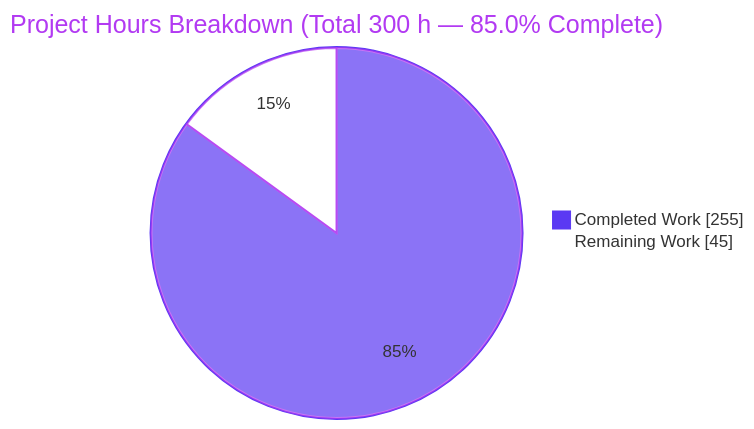
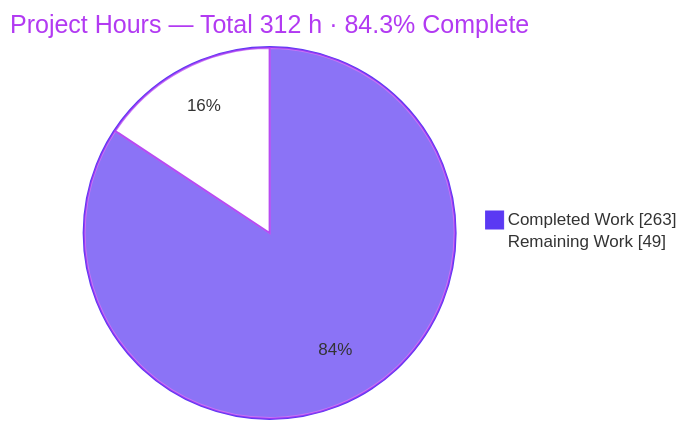
The second of 3 diagrams in blitzy/documentation/Project Guide.md (blitzy-public-samples/blitzy-kafka), drawn with Mermaid before and after one commit. The commit also changed other lines of this file, not shown here.

Commit message:
Adding Blitzy Project Guide: Project Status and Human Tasks Remaining

````diff
--- a/blitzy/documentation/Project Guide.md
+++ b/blitzy/documentation/Project Guide.md
@@ -238,6 +363,6 @@
 ```mermaid
 %%{init: {"theme":"base","themeVariables":{"pie1":"#5B39F3","pie2":"#FFFFFF","pieStrokeColor":"#B23AF2","pieStrokeWidth":"2px","pieOuterStrokeColor":"#5B39F3","pieOuterStrokeWidth":"2px","pieTitleTextColor":"#B23AF2","pieSectionTextColor":"#333333","pieLegendTextColor":"#333333"}}}%%
-pie showData title Project Hours Breakdown (Total 300 h — 85.0% Complete)
-    "Completed Work" : 255
-    "Remaining Work" : 45
+pie showData title Project Hours — Total 312 h · 84.3% Complete
+    "Completed Work" : 263
+    "Remaining Work" : 49
 ```
````
